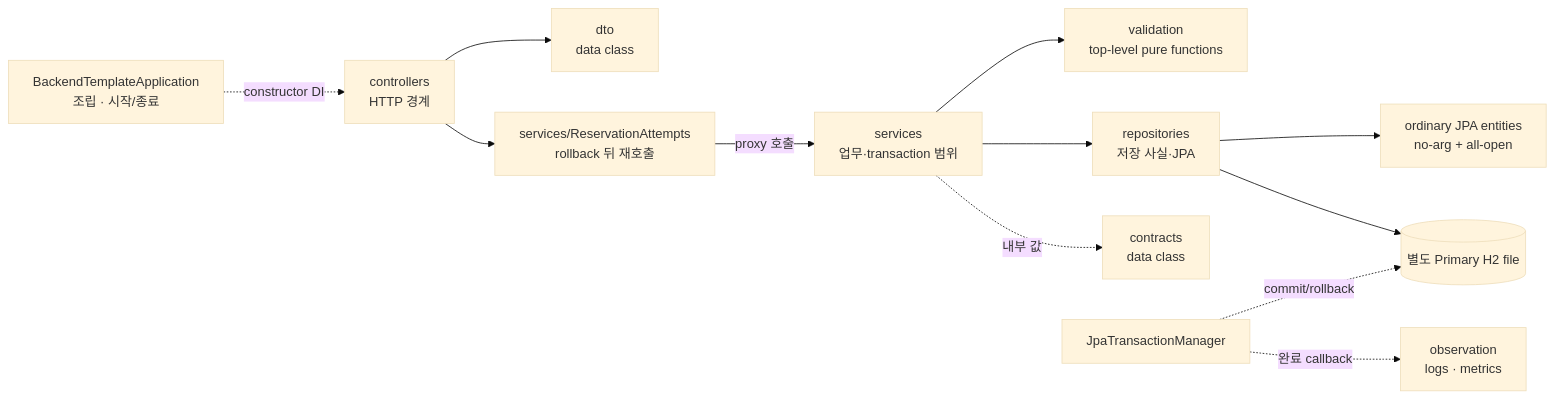
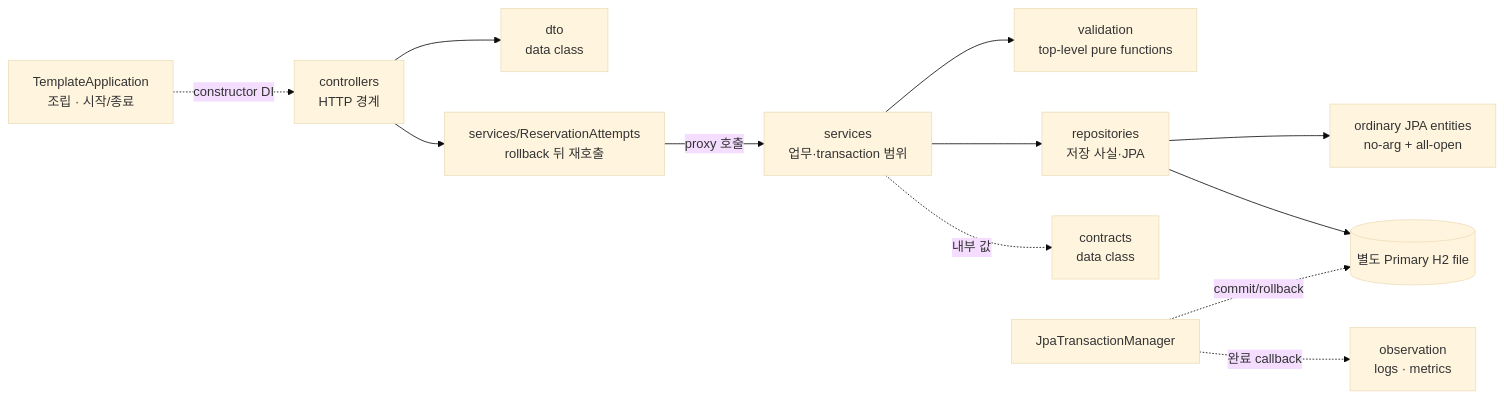
Before and after one commit to Dae-Jeong/BackendTemplate: the diagram in design/implementations/kotlin-spring-boot-structure.md, drawn with Mermaid (base theme). The commit also changed other lines of this file and 13 other files, not shown here.

````diff
--- a/design/implementations/kotlin-spring-boot-structure.md
+++ b/design/implementations/kotlin-spring-boot-structure.md
@@ -10,14 +10,14 @@
 ```mermaid
 flowchart LR
-    APP["BackendTemplateApplication<br/>조립 · 시작/종료"] -. constructor DI .-> CTRL["controllers<br/>HTTP 경계"]
+    APP["TemplateApplication<br/>조립 · 시작/종료"] -. constructor DI .-> CTRL["controllers<br/>HTTP 경계"]
     CTRL --> DTO["dto<br/>data class"]
     CTRL --> ATTEMPTS["services/ReservationAttempts<br/>rollback 뒤 재호출"]
     ATTEMPTS -->|"proxy 호출"| SVC["services<br/>업무·transaction 범위"]
     SVC --> VALID["validation<br/>top-level pure functions"]
     SVC --> REPO["repositories<br/>저장 사실·JPA"]
     REPO --> ENTITY["ordinary JPA entities<br/>no-arg + all-open"]
     REPO --> DB[("별도 Primary H2 file")]
     SVC -. 내부 값 .-> CONTRACT["contracts<br/>data class"]
     TX["JpaTransactionManager"] -. commit/rollback .-> DB
     TX -. 완료 callback .-> OBS["observation<br/>logs · metrics"]
 ```
````
